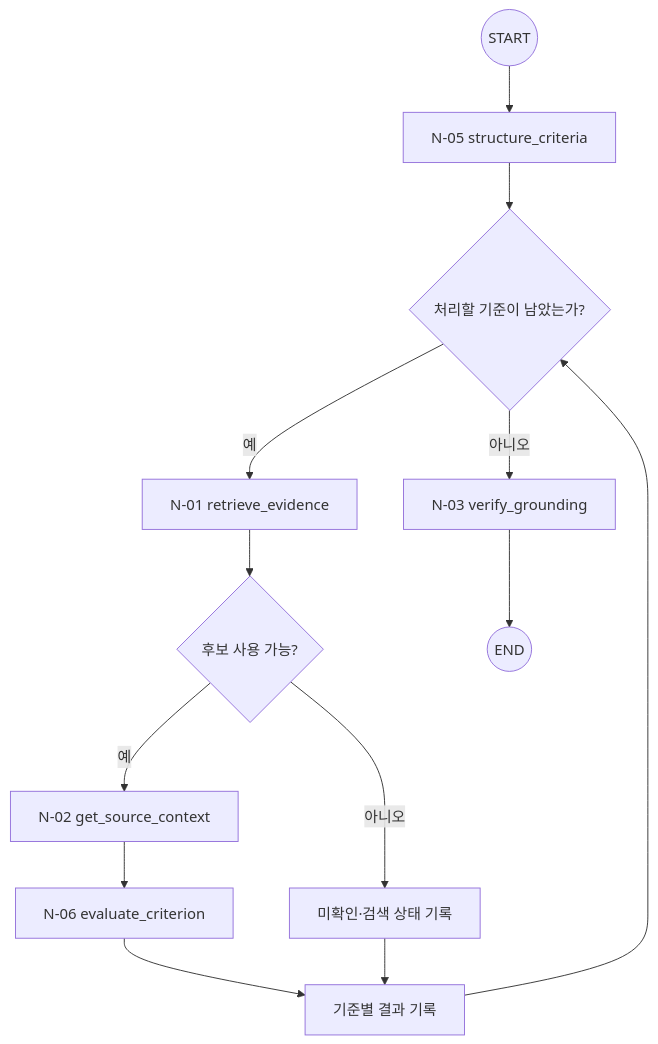
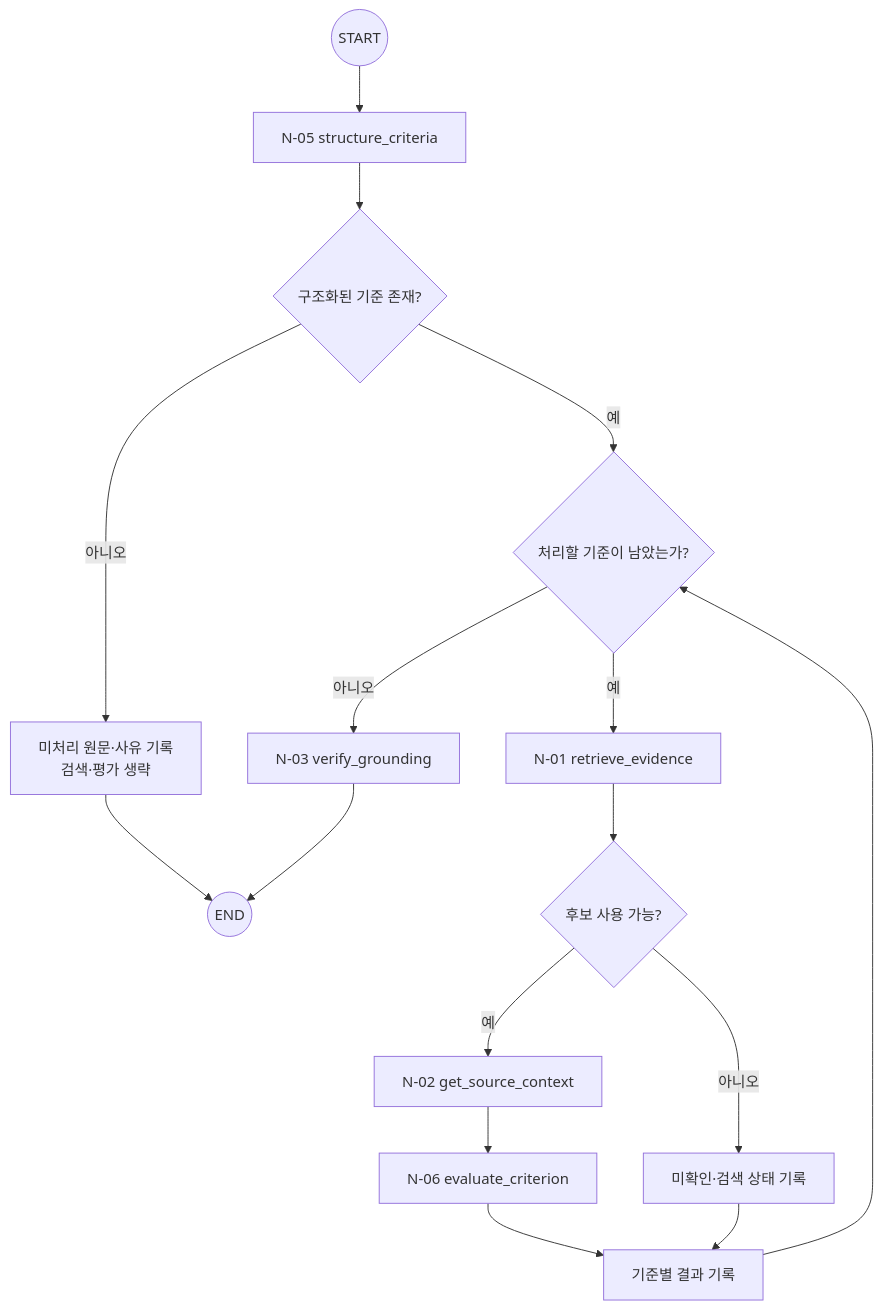
One commit to Jungminii-1114/ReportAnchor changed the second of 2 diagrams in docs/big-nodes/T-02.md. Above: the diagram before and after it, drawn with Mermaid. The commit also changed other lines of this file and 2 other files, not shown here.

Commit message:
docs: finalize N-05 all-unprocessable criteria outcomes

````diff
--- a/docs/big-nodes/T-02.md
+++ b/docs/big-nodes/T-02.md
@@ -71,15 +71,18 @@
 ```mermaid
 flowchart TD
   START((START)) --> N05["N-05 structure_criteria"]
-  N05 --> LOOP{"처리할 기준이 남았는가?"}
+  N05 --> CHECK{"구조화된 기준 존재?"}
+  CHECK -->|예| LOOP{"처리할 기준이 남았는가?"}
+  CHECK -->|아니오| NO_CRITERIA["미처리 원문·사유 기록<br/>검색·평가 생략"]
+  NO_CRITERIA --> END((END))
   LOOP -->|예| N01["N-01 retrieve_evidence"]
   N01 --> D{"후보 사용 가능?"}
   D -->|예| N02["N-02 get_source_context"]
   D -->|아니오| HOLD["미확인·검색 상태 기록"]
   N02 --> N06["N-06 evaluate_criterion"]
   N06 --> SAVE["기준별 결과 기록"]
   HOLD --> SAVE
   SAVE --> LOOP
   LOOP -->|아니오| N03["N-03 verify_grounding"]
   N03 --> END((END))
 ```
````
